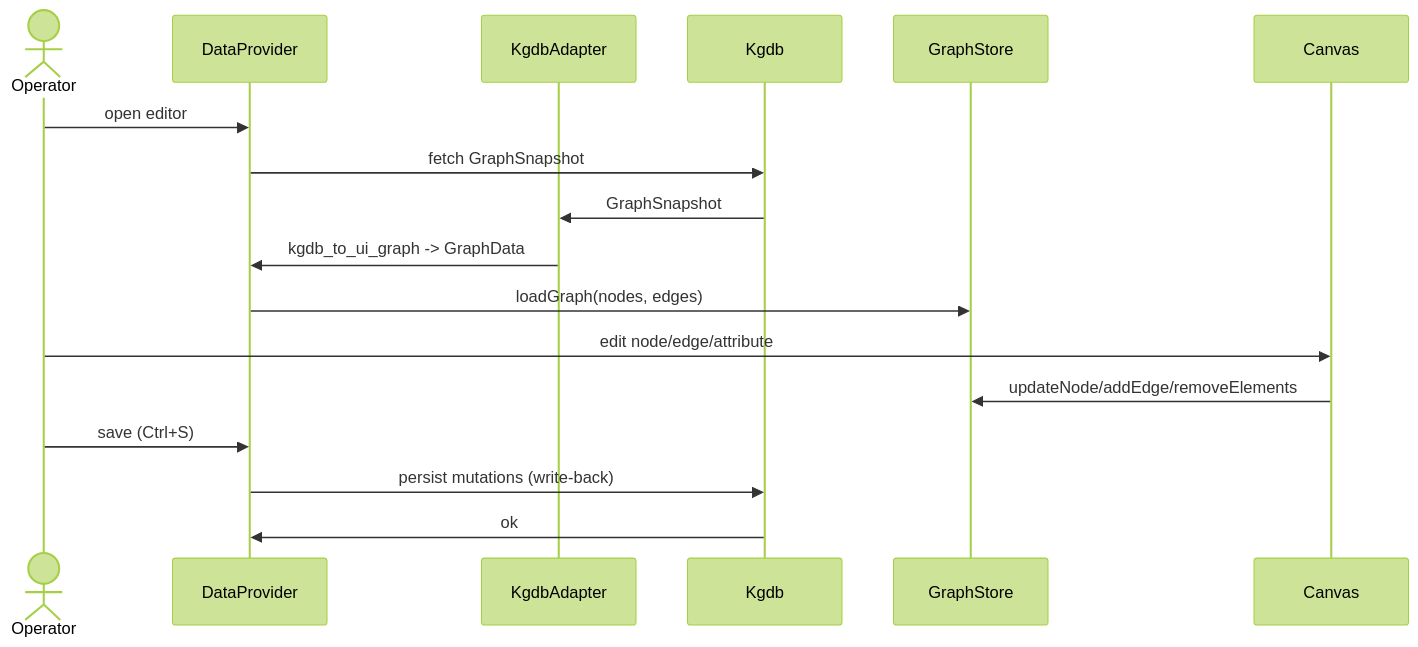
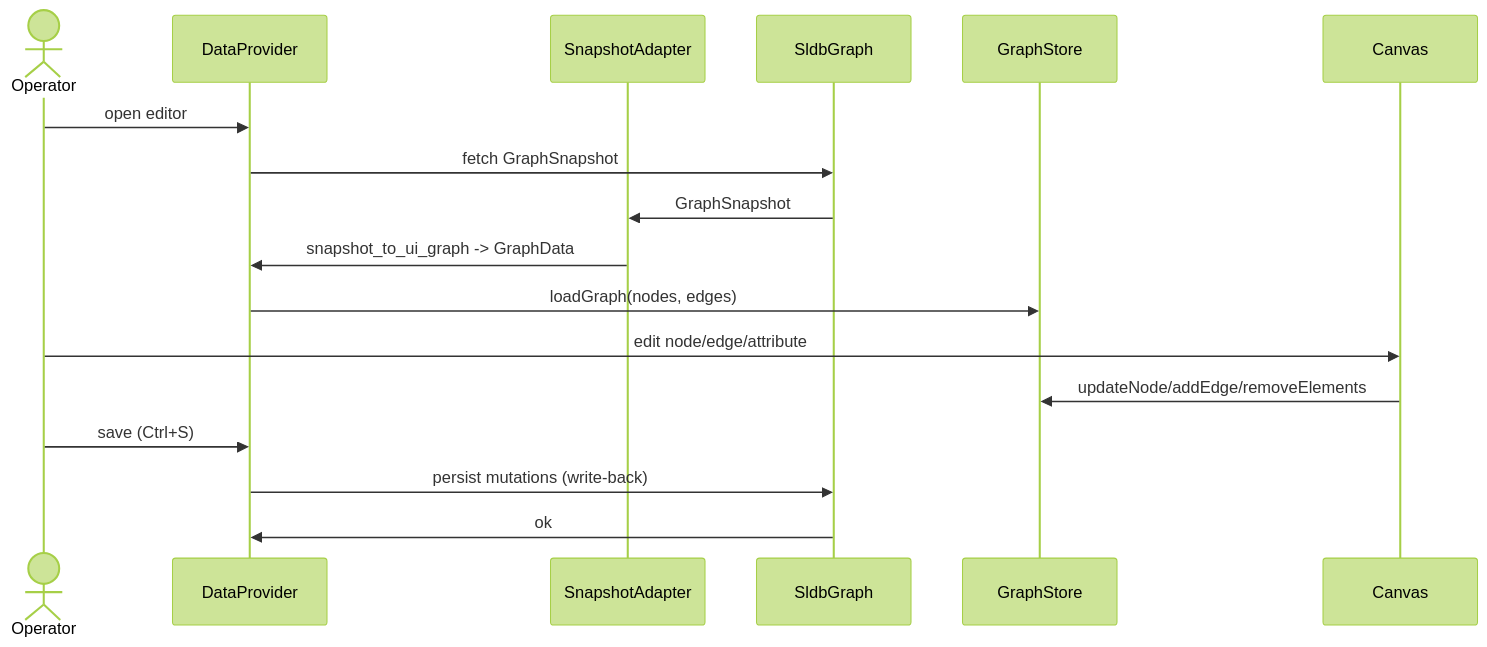
Before and after one commit to jpcosec/graph_ui: the diagram in docs/diagrams/sequence.data-load-target.mmd, drawn with Mermaid (forest theme). The commit also changed 7 other files, not shown here.

Commit message:
specs: kgdb pasa a sldb.api.graph (SnapshotAdapter, SldbGraph) y se re-renderizan sus diagramas

```diff
--- a/docs/diagrams/sequence.data-load-target.mmd
+++ b/docs/diagrams/sequence.data-load-target.mmd
@@ -1,17 +1,17 @@
 sequenceDiagram
     actor Operator
     participant DataProvider
-    participant KgdbAdapter
-    participant Kgdb
+    participant SnapshotAdapter
+    participant SldbGraph
     participant GraphStore
     participant Canvas
     Operator->>DataProvider: open editor
-    DataProvider->>Kgdb: fetch GraphSnapshot
-    Kgdb->>KgdbAdapter: GraphSnapshot
-    KgdbAdapter->>DataProvider: kgdb_to_ui_graph -> GraphData
+    DataProvider->>SldbGraph: fetch GraphSnapshot
+    SldbGraph->>SnapshotAdapter: GraphSnapshot
+    SnapshotAdapter->>DataProvider: snapshot_to_ui_graph -#gt; GraphData
     DataProvider->>GraphStore: loadGraph(nodes, edges)
     Operator->>Canvas: edit node/edge/attribute
     Canvas->>GraphStore: updateNode/addEdge/removeElements
     Operator->>DataProvider: save (Ctrl+S)
-    DataProvider->>Kgdb: persist mutations (write-back)
-    Kgdb->>DataProvider: ok
+    DataProvider->>SldbGraph: persist mutations (write-back)
+    SldbGraph->>DataProvider: ok
```
